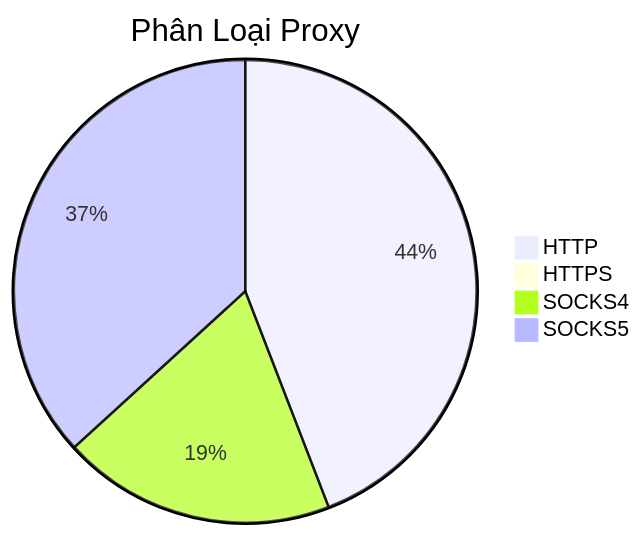
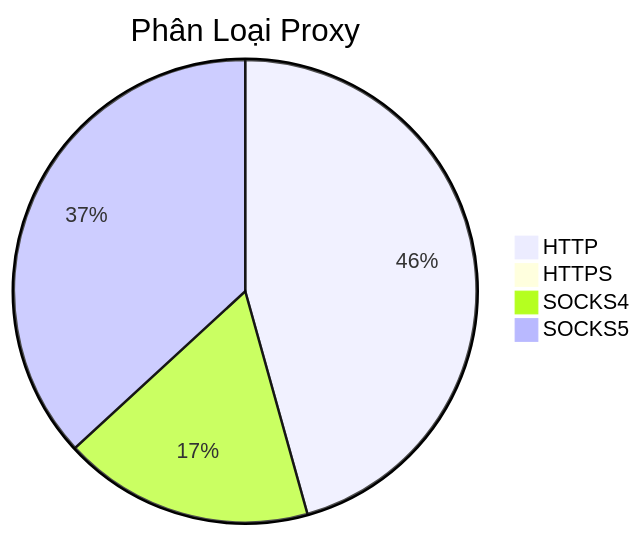
The diagram in README.md (Ciara-Aa/PROXY-free), drawn with Mermaid before and after one commit. The commit also changed other lines of this file and 4 other files, not shown here.

````diff
--- a/README.md
+++ b/README.md
@@ -26,7 +26,7 @@
 ```mermaid
 pie title Phân Loại Proxy
-    "HTTP" : 282
+    "HTTP" : 295
     "HTTPS" : 2
-    "SOCKS4" : 122
-    "SOCKS5" : 235
+    "SOCKS4" : 113
+    "SOCKS5" : 238
 ```
````
